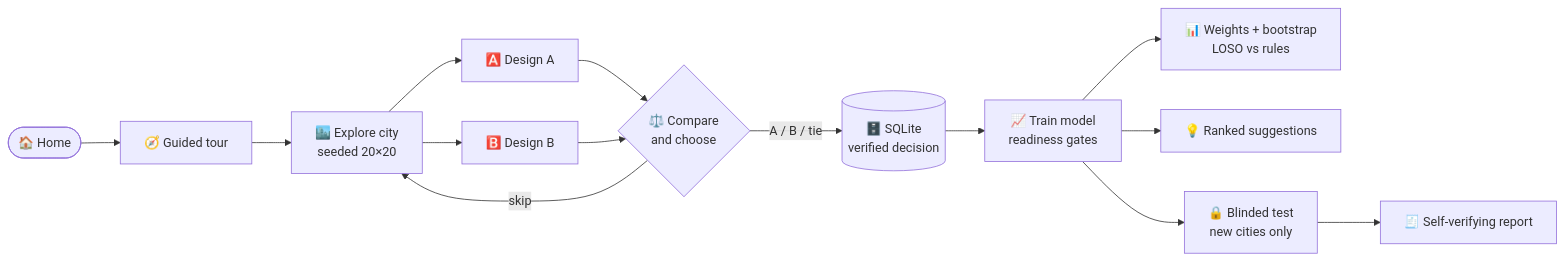
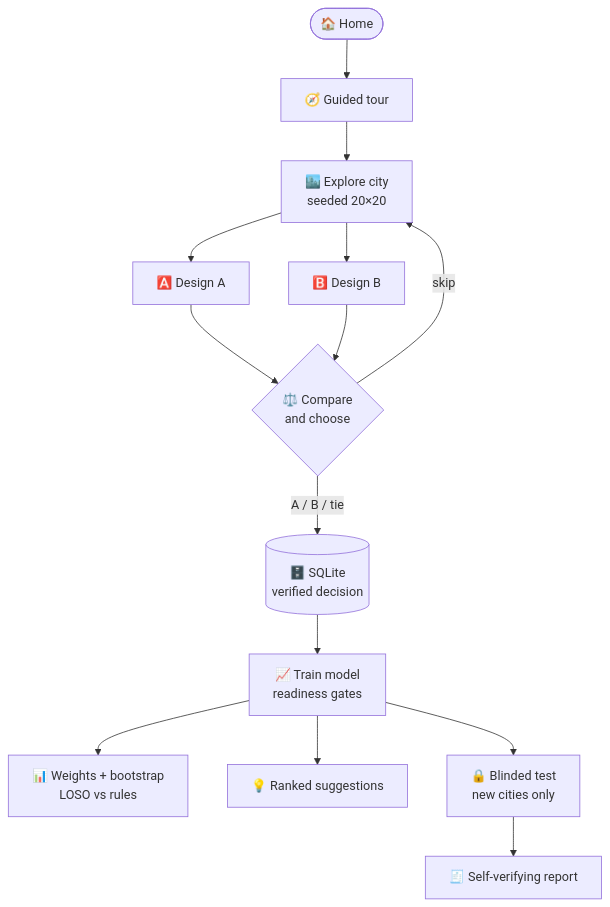
Before and after one commit to sandaru01-IH/PlannerDNA: the first of 2 diagrams in README.md, drawn with Mermaid. The commit also changed other lines of this file, not shown here.

Commit message:
docs(readme): render equations as math blocks and use a vertical journey flowchart

````diff
--- a/README.md
+++ b/README.md
@@ -136,16 +136,16 @@
 ```mermaid
-flowchart LR
+flowchart TD
     H([🏠 Home]) --> T[🧭 Guided tour]
     T --> E[🏙️ Explore city<br/>seeded 20×20]
     E --> A[🅰️ Design A]
     E --> B[🅱️ Design B]
     A --> C{⚖️ Compare<br/>and choose}
     B --> C
     C -- "A / B / tie" --> S[(🗄️ SQLite<br/>verified decision)]
     C -- skip --> E
     S --> L[📈 Train model<br/>readiness gates]
     L --> W[📊 Weights + bootstrap<br/>LOSO vs rules]
     L --> G[💡 Ranked suggestions]
     L --> X[🔒 Blinded test<br/>new cities only]
     X --> R[🧾 Self-verifying report]
 ```
````
